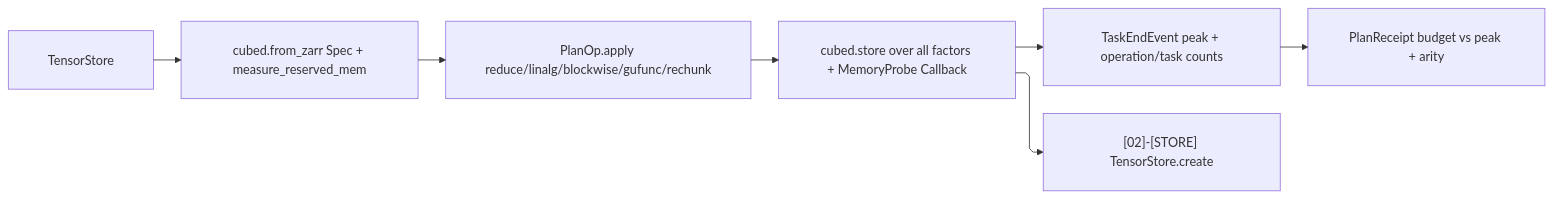
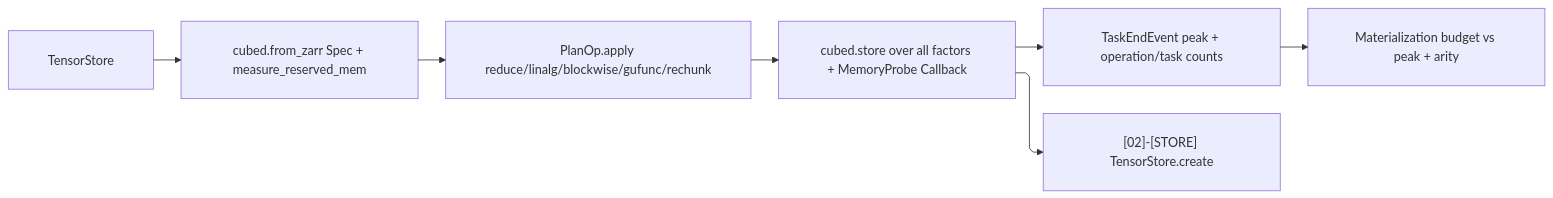
One commit to bsamiee/Rasm changed the second of 2 diagrams in libs/python/data/.planning/gridded/store.md. Above: the diagram before and after it, drawn with Mermaid. The commit also changed other lines of this file and 1417 other files, not shown here.

````diff
--- a/libs/python/data/.planning/gridded/store.md
+++ b/libs/python/data/.planning/gridded/store.md
@@ -781,18 +725,18 @@
 ```mermaid
 ---
 config:
   layout: elk
   flowchart:
     curve: linear
     padding: 25
 ---
 flowchart LR
     accTitle: Bounded-memory plan flow
-    accDescr: The dense store lifted into a cubed plan, the PlanOp dispatch, materialization under the memory probe, and the budget-versus-peak receipt.
+    accDescr: The dense store lifted into a cubed plan, the PlanOp dispatch, and materialization under the memory probe.
     Store["TensorStore"] --> From["cubed.from_zarr Spec + measure_reserved_mem"]
     From --> Op["PlanOp.apply reduce/linalg/blockwise/gufunc/rechunk"]
     Op --> Mat["cubed.store over all factors + MemoryProbe Callback"]
     Mat --> Peak["TaskEndEvent peak + operation/task counts"]
-    Peak --> Receipt["PlanReceipt budget vs peak + arity"]
+    Peak --> Result["Materialization budget vs peak + arity"]
     Mat --> Restore["[02]-[STORE] TensorStore.create"]
 ```
````
